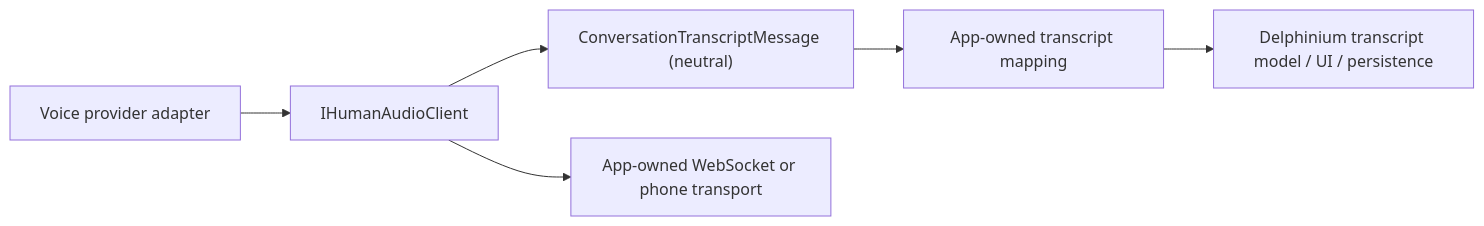
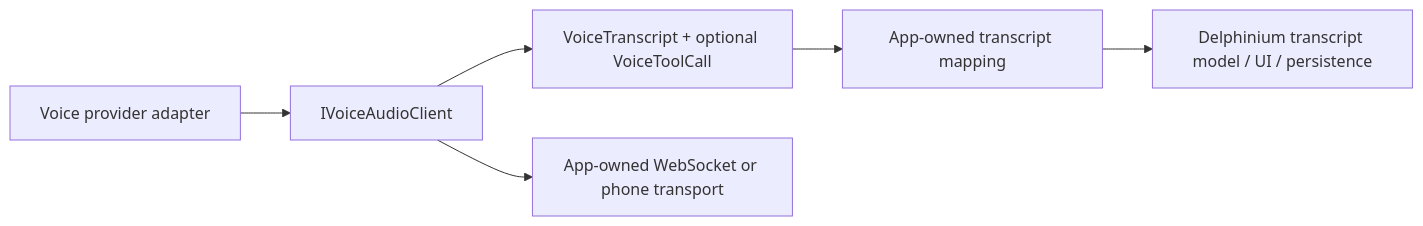
The fourth of 4 diagrams in docs/architecture.md (Kite-Key/ai), drawn with Mermaid before and after one commit. The commit also changed other lines of this file and 5 other files, not shown here.

First line of the commit message:
Align neutral voice contracts with standalone adapter

````diff
--- a/docs/architecture.md
+++ b/docs/architecture.md
@@ -47,8 +47,8 @@
 ```mermaid
 flowchart LR
-    Voice["Voice provider adapter"] --> Interface["IHumanAudioClient"]
-    Interface --> Neutral["ConversationTranscriptMessage (neutral)"]
+    Voice["Voice provider adapter"] --> Interface["IVoiceAudioClient"]
+    Interface --> Neutral["VoiceTranscript + optional VoiceToolCall"]
     Neutral --> Mapper["App-owned transcript mapping"]
     Mapper --> App["Delphinium transcript model / UI / persistence"]
     Interface --> Transport["App-owned WebSocket or phone transport"]
 ```
````
